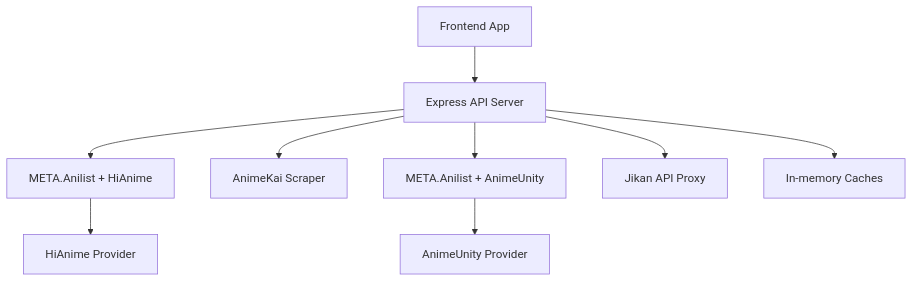
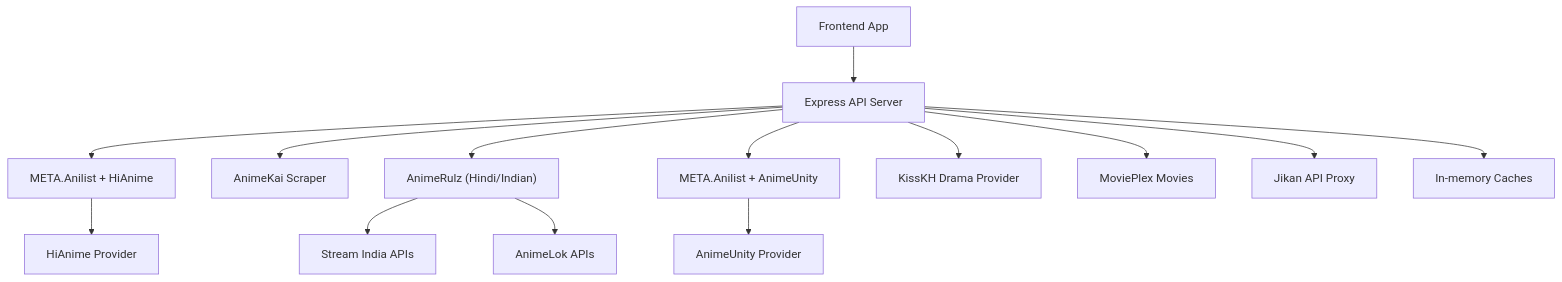
One commit to techniciansupremus-lab/Project-Anime changed the first of 7 diagrams in .qoder/repowiki/en/content/Backend Services/Content Provider Integration/Content Provider Integration.md. Above: the diagram before and after it, drawn with Mermaid. The commit also changed other lines of this file and 101 other files, not shown here.

````diff
--- a/.qoder/repowiki/en/content/Backend Services/Content Provider Integration/Content Provider Integration.md
+++ b/.qoder/repowiki/en/content/Backend Services/Content Provider Integration/Content Provider Integration.md
@@ -40,11 +46,16 @@
 ```mermaid
 graph TB
 Client["Frontend App"] --> API["Express API Server"]
 API --> MetaAni["META.Anilist + HiAnime"]
 API --> AnimeKaiScraper["AnimeKai Scraper"]
+API --> AnimeRulz["AnimeRulz (Hindi/Indian)"]
 API --> MetaAniUnity["META.Anilist + AnimeUnity"]
+API --> KissKH["KissKH Drama Provider"]
+API --> MoviePlex["MoviePlex Movies"]
 API --> Jikan["Jikan API Proxy"]
 API --> Cache["In-memory Caches"]
 MetaAni --> HiAnime["HiAnime Provider"]
 MetaAniUnity --> AnimeUnity["AnimeUnity Provider"]
+AnimeRulz --> StreamIndia["Stream India APIs"]
+AnimeRulz --> AnimeLok["AnimeLok APIs"]
 ```
````
